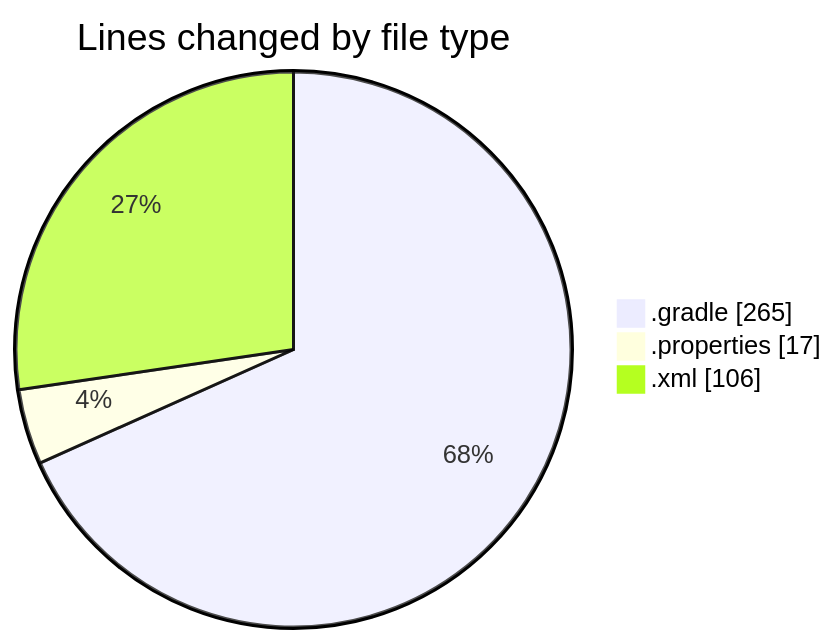
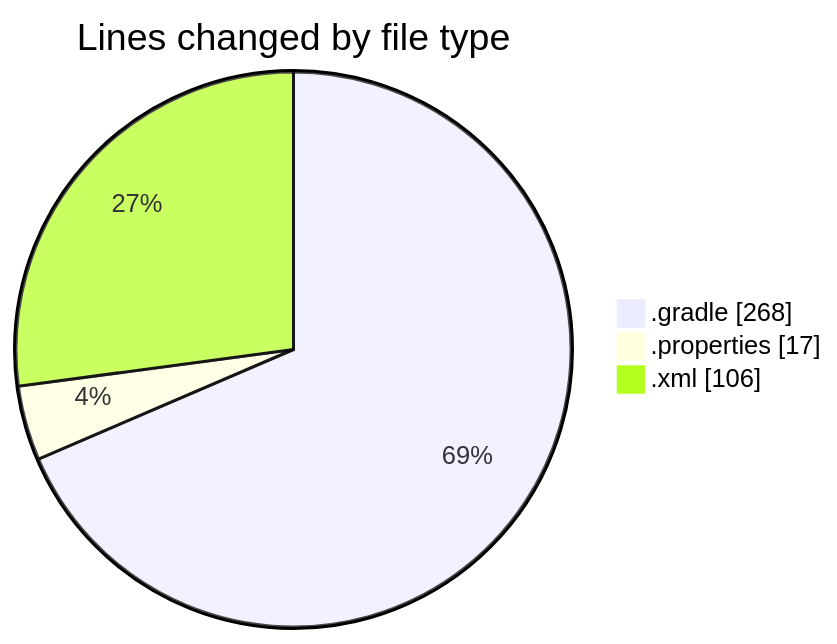
One commit to donsfak/code-tracking changed the first of 2 diagrams in 2025-02-01/maps_clone/README.md. Above: the diagram before and after it, drawn with Mermaid. The commit also changed other lines of this file and 1 other file, not shown here.

````diff
--- a/2025-02-01/maps_clone/README.md
+++ b/2025-02-01/maps_clone/README.md
@@ -25,7 +25,7 @@
 ```mermaid
 pie showData
 title Lines changed by file type
-".gradle" : 265
+".gradle" : 268
 ".properties" : 17
 ".xml" : 106
 ```
````
